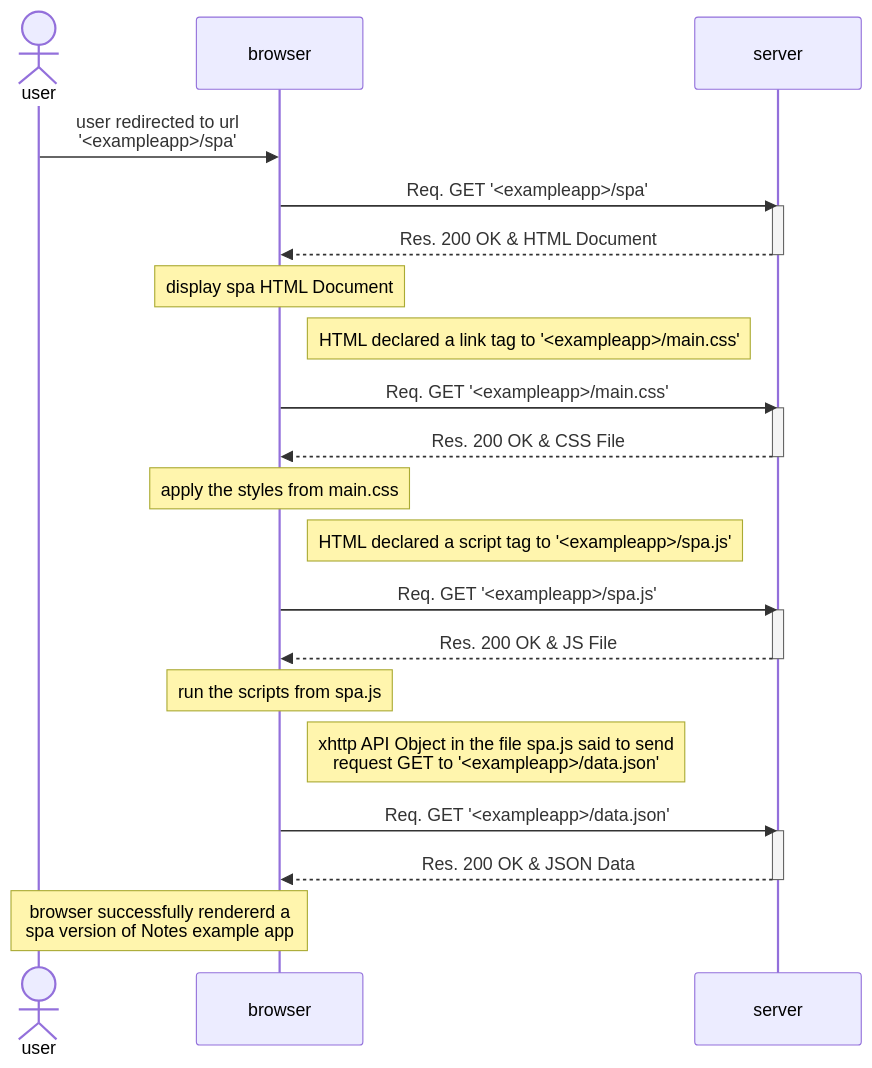
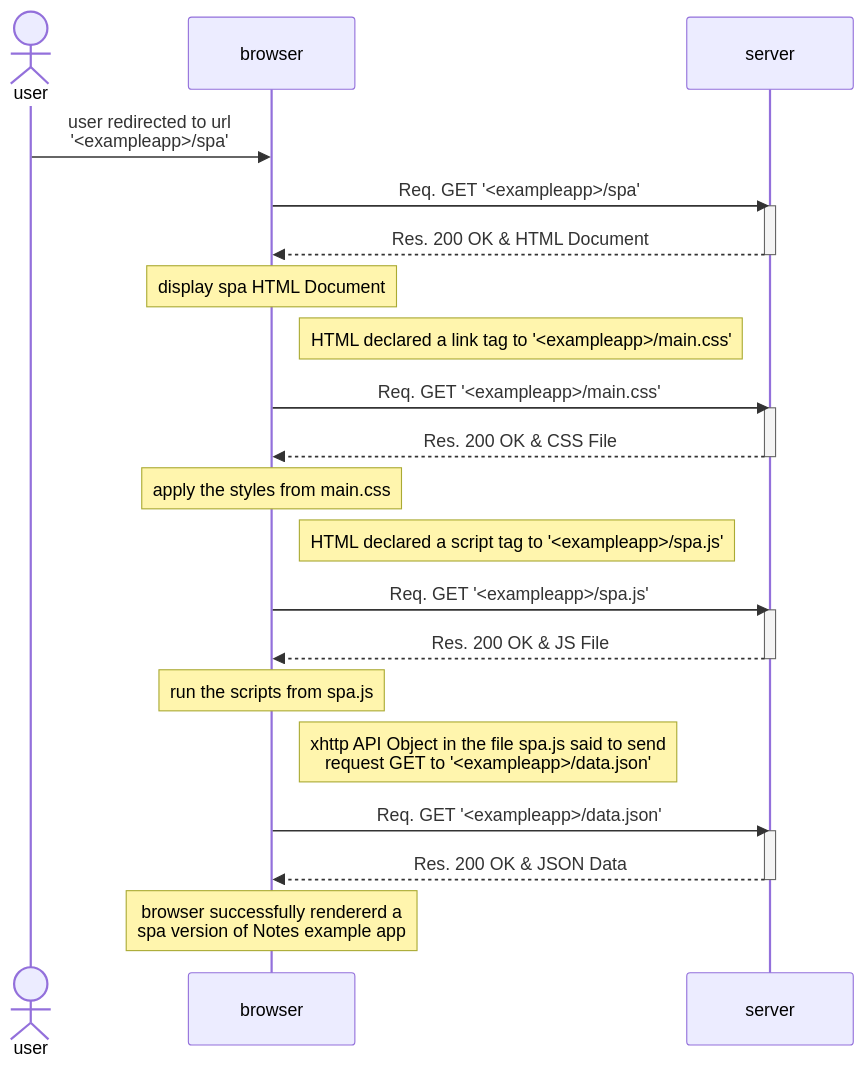
Before and after one commit to thanajong/fullstackopen-university-of-helsinki: the diagram in part0/ex0.5-spa.md, drawn with Mermaid. The commit also changed 2 other files, not shown here.

Commit message:
Change success note

````diff
--- a/part0/ex0.5-spa.md
+++ b/part0/ex0.5-spa.md
@@ -1,31 +1,31 @@
 ```mermaid
 sequenceDiagram
     actor user
     participant browser
     participant server
 
     user ->> browser: user redirected to url <br> '<exampleapp>/spa'
     browser ->> server: Req. GET '<exampleapp>/spa'
     activate server
     server -->> browser: Res. 200 OK & HTML Document
     deactivate server
     note over browser: display spa HTML Document    
     note right of browser: HTML declared a link tag to '<exampleapp>/main.css'
     browser ->> server: Req. GET '<exampleapp>/main.css'
     activate server
     server -->> browser: Res. 200 OK & CSS File
     deactivate server
     note over browser: apply the styles from main.css
     note right of browser: HTML declared a script tag to '<exampleapp>/spa.js'
     browser ->> server: Req. GET '<exampleapp>/spa.js'
     activate server
     server -->> browser: Res. 200 OK & JS File
     deactivate server
     note over browser: run the scripts from spa.js
     note right of browser: xhttp API Object in the file spa.js said to send <br> request GET to '<exampleapp>/data.json'
     browser ->> server: Req. GET '<exampleapp>/data.json'
     activate server
     server -->> browser: Res. 200 OK & JSON Data
     deactivate server
-    note over user, browser: browser successfully rendererd a <br> spa version of Notes example app
+    note over browser: browser successfully rendererd a <br> spa version of Notes example app
 ```
````
